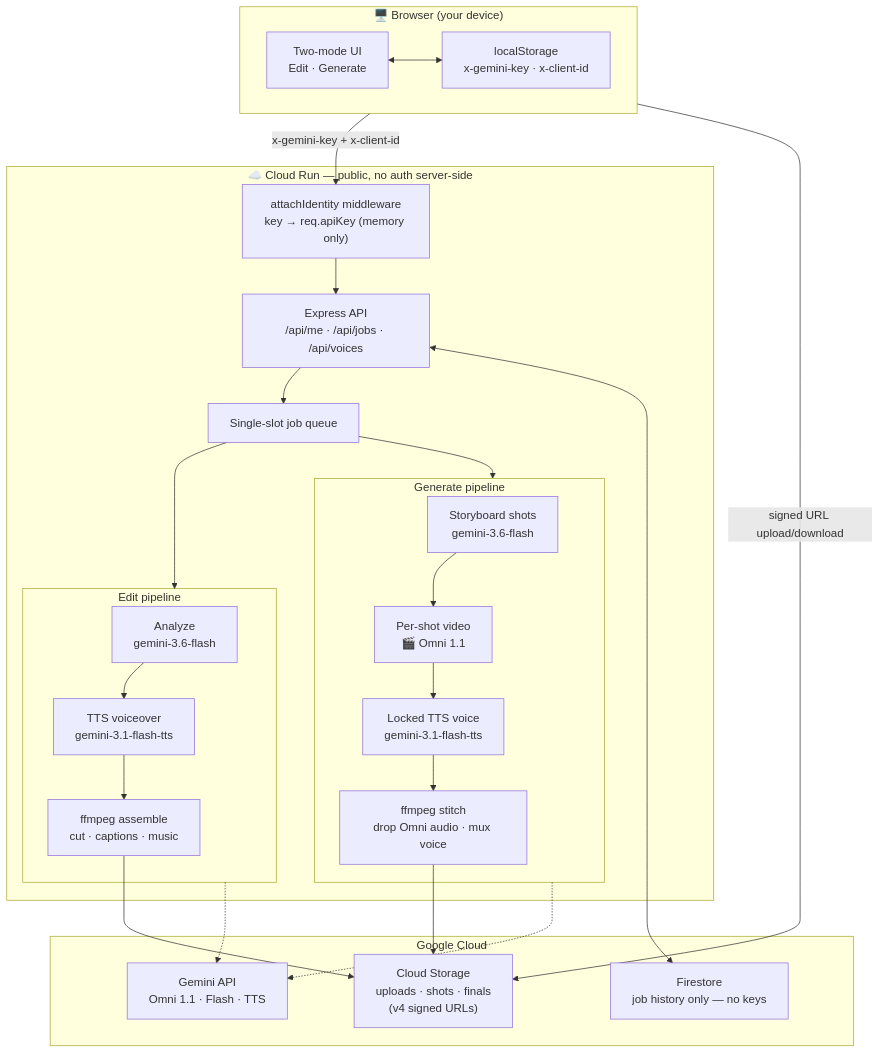
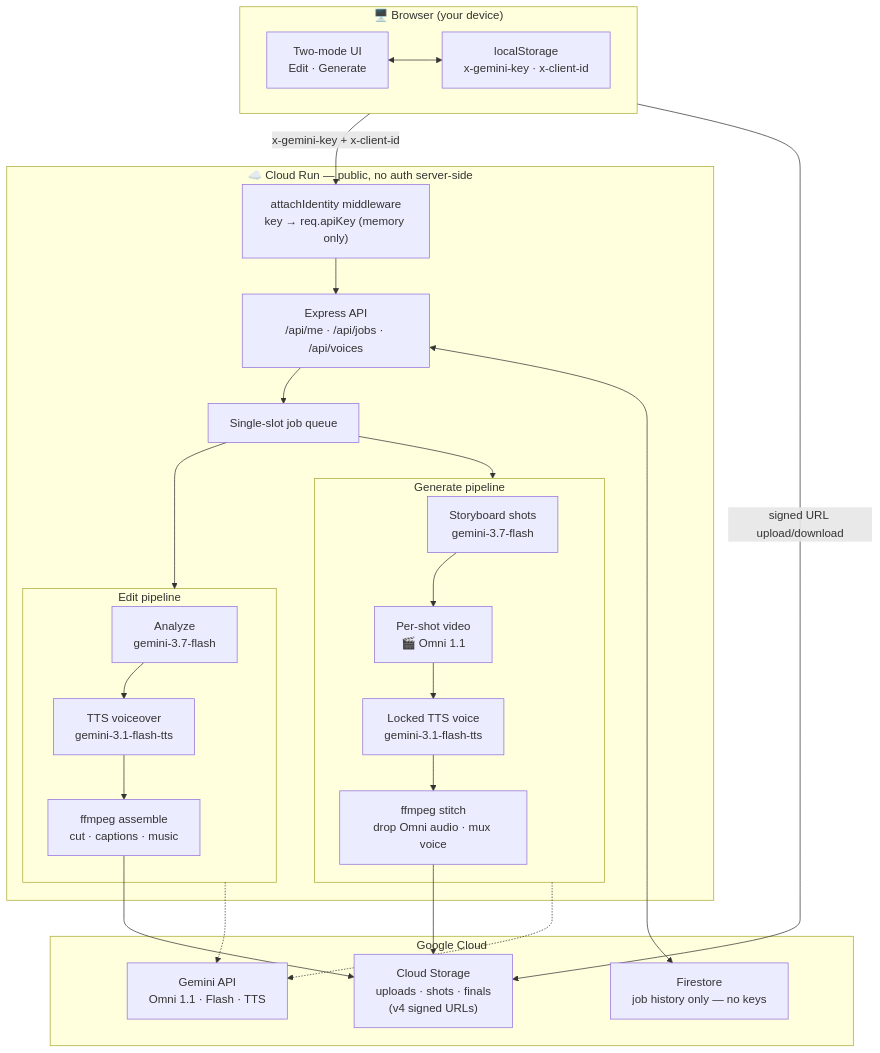
The diagram in docs/medium-article.md (moshem-a/long-omni-video), drawn with Mermaid before and after one commit. The commit also changed other lines of this file and 2 other files, not shown here.

First line of the commit message:
Move flash models to 3.7 (analysis + image), env-overridable

````diff
--- a/docs/medium-article.md
+++ b/docs/medium-article.md
@@ -49,47 +49,47 @@
 ```mermaid
 flowchart TB
   subgraph Browser["🖥️ Browser (your device)"]
     UI["Two-mode UI<br/>Edit · Generate"]
     LS["localStorage<br/>x-gemini-key · x-client-id"]
     UI <--> LS
   end
 
   subgraph CR["☁️ Cloud Run — public, no auth server-side"]
     MW["attachIdentity middleware<br/>key → req.apiKey (memory only)"]
     API["Express API<br/>/api/me · /api/jobs · /api/voices"]
     Q["Single-slot job queue"]
     MW --> API --> Q
 
     subgraph EDIT["Edit pipeline"]
-      A1["Analyze<br/>gemini-3.6-flash"]
+      A1["Analyze<br/>gemini-3.7-flash"]
       A2["TTS voiceover<br/>gemini-3.1-flash-tts"]
       A3["ffmpeg assemble<br/>cut · captions · music"]
       A1 --> A2 --> A3
     end
 
     subgraph GEN["Generate pipeline"]
-      G1["Storyboard shots<br/>gemini-3.6-flash"]
+      G1["Storyboard shots<br/>gemini-3.7-flash"]
       G2["Per-shot video<br/>🎬 Omni 1.1"]
       G3["Locked TTS voice<br/>gemini-3.1-flash-tts"]
       G4["ffmpeg stitch<br/>drop Omni audio · mux voice"]
       G1 --> G2 --> G3 --> G4
     end
 
     Q --> EDIT
     Q --> GEN
   end
 
   subgraph GCP["Google Cloud"]
     GCS["Cloud Storage<br/>uploads · shots · finals<br/>(v4 signed URLs)"]
     FS["Firestore<br/>job history only — no keys"]
     GEM["Gemini API<br/>Omni 1.1 · Flash · TTS"]
   end
 
   Browser -- "x-gemini-key + x-client-id" --> MW
   API <--> FS
   A3 --> GCS
   G4 --> GCS
   Browser -- "signed URL upload/download" --> GCS
   EDIT -.-> GEM
   GEN -.-> GEM
 ```
````
